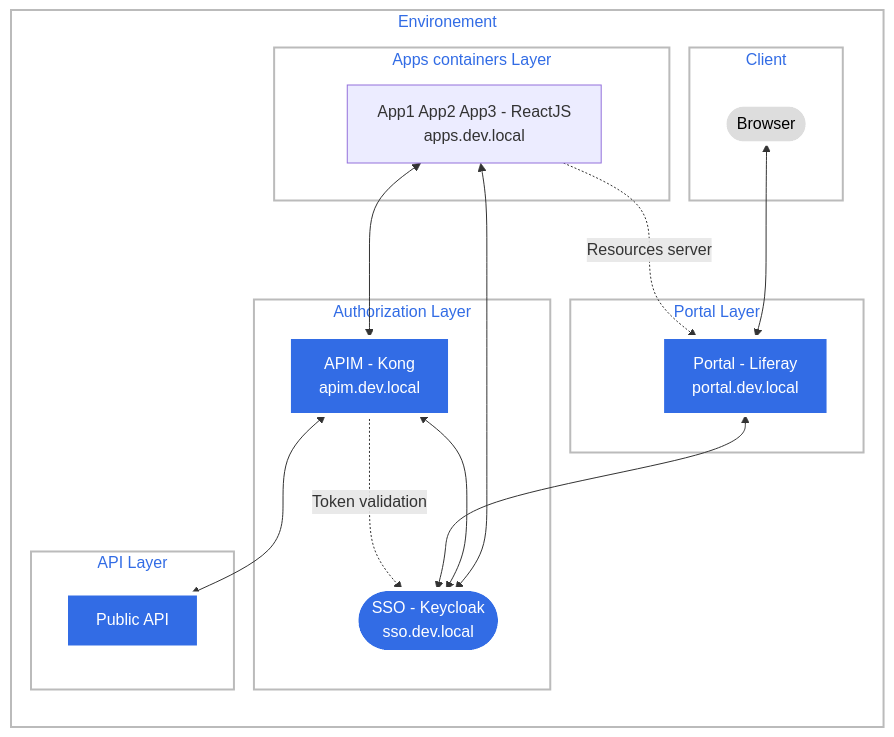
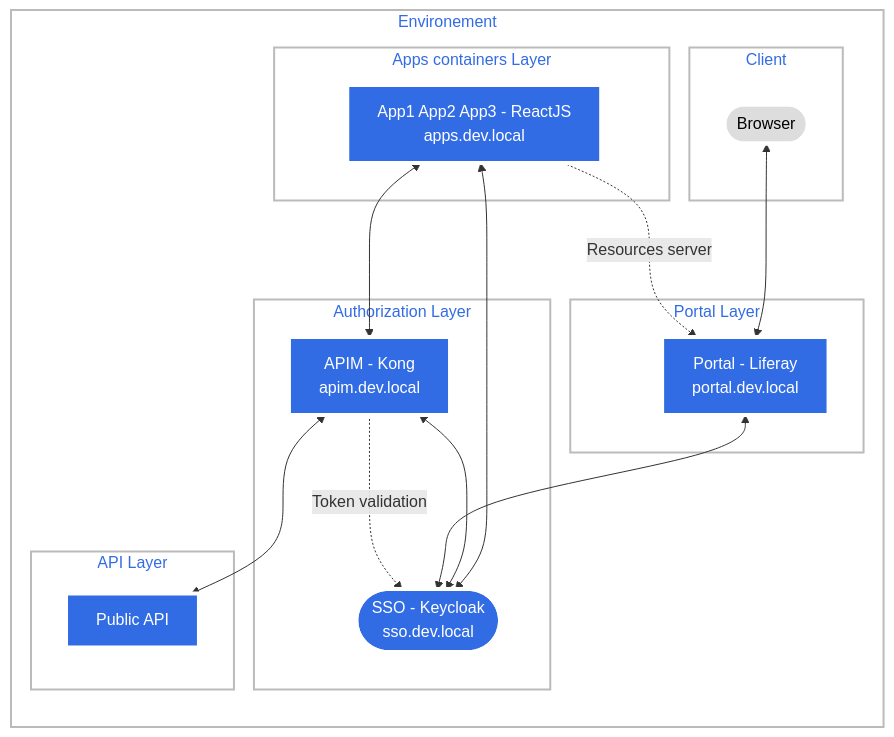
The diagram in poc3-reactjs-liferay-keycloak/README.markdown (ThierryTouin/liferay-oauth-test), drawn with Mermaid before and after one commit. The commit also changed 1 other file, not shown here.

Commit message:
Dev scripts and documentation

````diff
--- a/poc3-reactjs-liferay-keycloak/README.markdown
+++ b/poc3-reactjs-liferay-keycloak/README.markdown
@@ -17,58 +17,58 @@
 ```mermaid
 
 graph LR
 
 %% Nodes
 
 APPS[App1 App2 App3 - ReactJS<br>apps.dev.local]
 Portal[Portal - Liferay<br>portal.dev.local]
 APIM[APIM - Kong<br>apim.dev.local]
 API[Public API]
 C([Browser])
 SSO([SSO - Keycloak<br>sso.dev.local])
 
 %% Links	
 
   C <--> Portal
   APPS <--> SSO
   APPS <--> APIM
   APIM <--> SSO
   Portal <--> SSO
 
 subgraph Environement
   subgraph Client
     C
   end
   subgraph Portal Layer
     Portal
   end
   subgraph Apps containers Layer
     APPS
   end
   subgraph Authorization Layer
     SSO
     APIM
   end
   subgraph API Layer
     API
   end
 end
 
 APIM <--> API
 
 %% React Web Component Integration with Liferay
 APPS -.Resources server .-> Portal
 
 %% Token Validation Legend
 APIM -. Token validation .-> SSO
 
 %% Defining node styles
 classDef plain fill:#ddd,stroke:#fff,stroke-width:4px,color:#000
 classDef k8s fill:#326ce5,stroke:#fff,stroke-width:4px,color:#fff
 classDef cluster fill:#fff,stroke:#bbb,stroke-width:2px,color:#326ce5
 
 %% Assigning styles to nodes
-class Portal,APP1,APP2,APP3,APIM,API,SSO k8s
+class Portal,APPS,APIM,API,SSO k8s
 class C plain
 class cluster cluster
 ```
````
